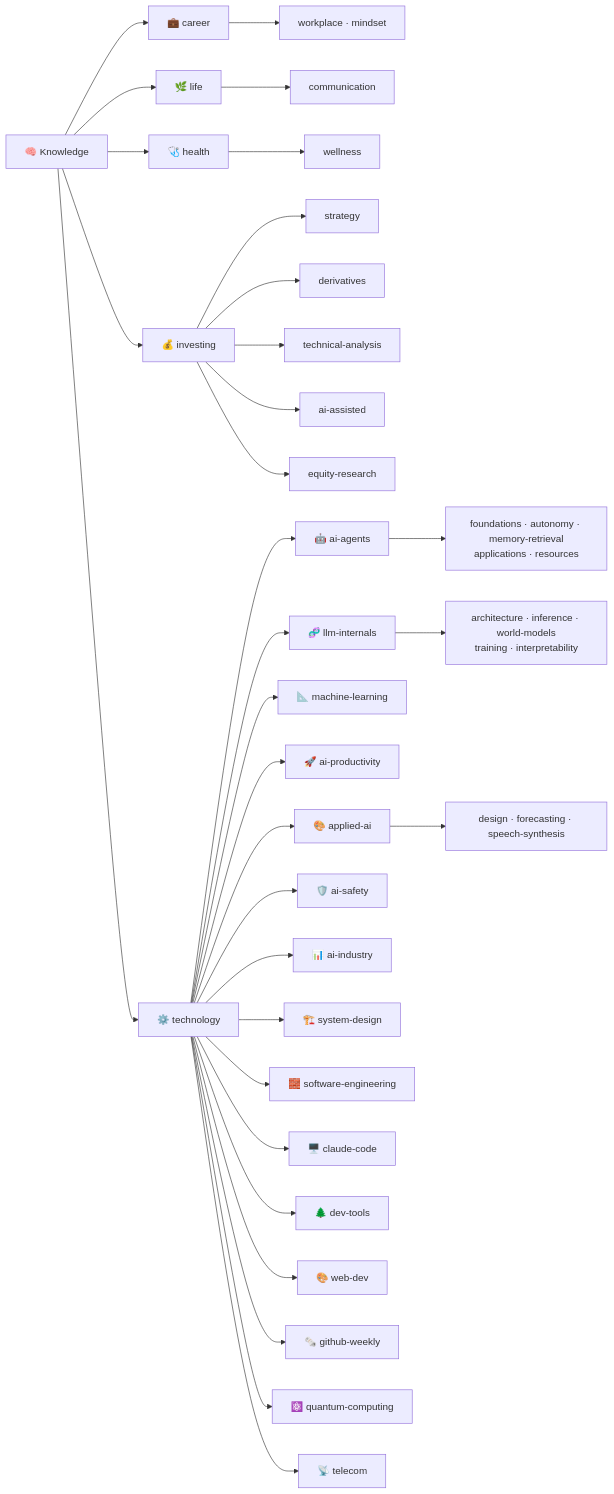
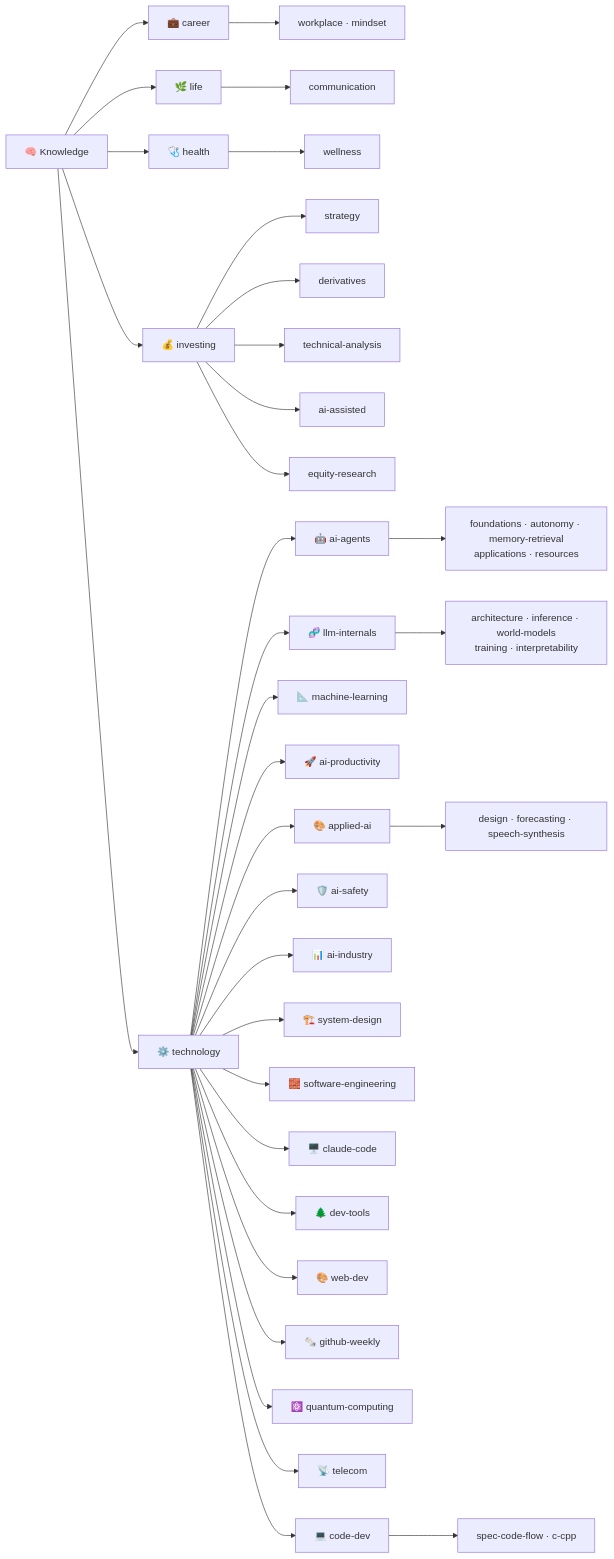
Before and after one commit to shooter2062424/Knowledge: the diagram in README.md, drawn with Mermaid. The commit also changed other lines of this file and 7 other files, not shown here.

First line of the commit message:
[feat] code-dev 新類別:Spec-to-Code / Code-to-Spec 流程與大型 C/C++ 穩定化(5G NR 到 6G Modem 為例,5 篇,標示已讀原文/搜尋摘要/推論)

````diff
--- a/README.md
+++ b/README.md
@@ -34,34 +34,36 @@
 ```mermaid
 flowchart LR
     K["🧠 Knowledge"] --> I["💰 investing"]
     K --> T["⚙️ technology"]
     K --> C["💼 career"]
     C --> C1["workplace · mindset"]
     K --> L["🌿 life"]
     L --> L1["communication"]
     K --> H["🩺 health"]
     H --> H1["wellness"]
     I --> I1["strategy"]
     I --> I2["derivatives"]
     I --> I3["technical-analysis"]
     I --> I4["ai-assisted"]
     I --> I5["equity-research"]
     T --> T1["🤖 ai-agents"]
     T --> T2["🧬 llm-internals"]
     T --> T14["📐 machine-learning"]
     T --> T3["🚀 ai-productivity"]
     T --> T4["🎨 applied-ai"]
     T --> T7["🛡️ ai-safety"]
     T --> T9["📊 ai-industry"]
     T --> T10["🏗️ system-design"]
     T --> T15["🧱 software-engineering"]
     T --> T8["🖥️ claude-code"]
     T --> T11["🌲 dev-tools"]
     T --> T13["🎨 web-dev"]
     T --> T12["🗞️ github-weekly"]
     T --> T6["⚛️ quantum-computing"]
     T --> T5["📡 telecom"]
+    T --> T16["💻 code-dev"]
     T1 --> T1a["foundations · autonomy · memory-retrieval<br/>applications · resources"]
     T2 --> T2a["architecture · inference · world-models<br/>training · interpretability"]
     T4 --> T4a["design · forecasting · speech-synthesis"]
+    T16 --> T16a["spec-code-flow · c-cpp"]
 ```
````
